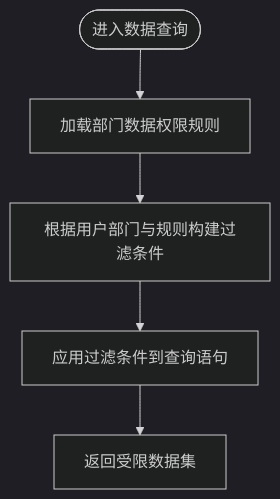
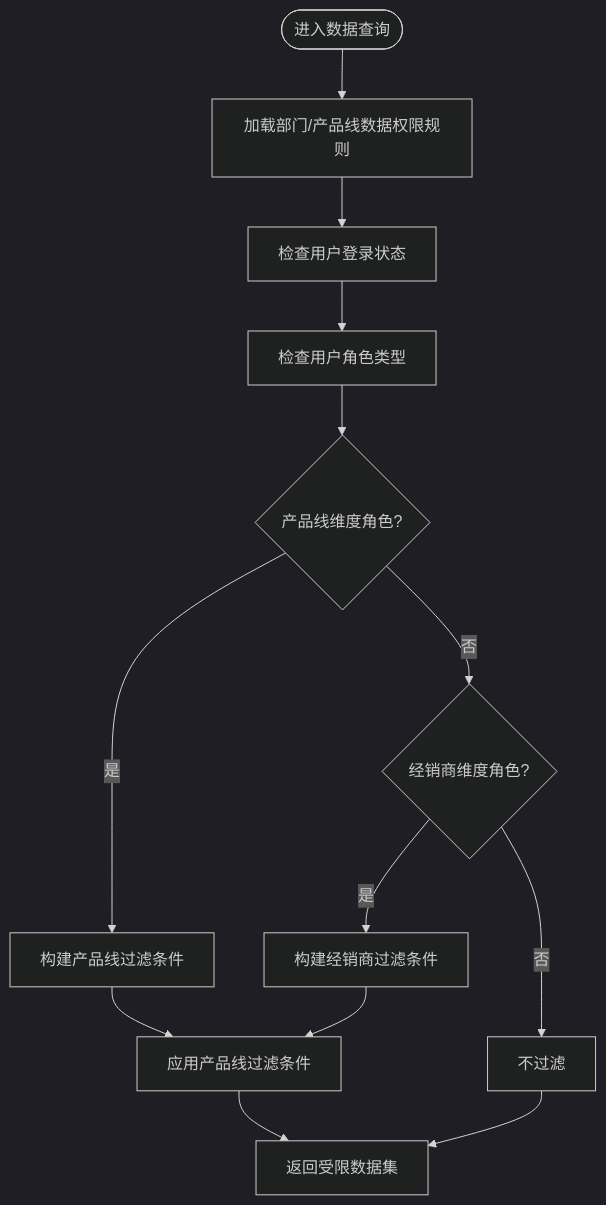
The fourth of 6 diagrams in .qoder/repowiki/zh/content/核心模块/系统管理模块/角色权限.md (xiaoche80s-tech/rouyi-vue-pro), drawn with Mermaid (dark theme) before and after one commit. The commit also changed other lines of this file and 534 other files, not shown here.

````diff
--- a/.qoder/repowiki/zh/content/核心模块/系统管理模块/角色权限.md
+++ b/.qoder/repowiki/zh/content/核心模块/系统管理模块/角色权限.md
@@ -228,7 +276,15 @@
 ```mermaid
 flowchart TD
-Start(["进入数据查询"]) --> LoadRule["加载部门数据权限规则"]
-LoadRule --> BuildFilter["根据用户部门与规则构建过滤条件"]
-BuildFilter --> ApplyFilter["应用过滤条件到查询语句"]
+Start(["进入数据查询"]) --> LoadRule["加载部门/产品线数据权限规则"]
+LoadRule --> CheckLogin["检查用户登录状态"]
+CheckLogin --> CheckRole["检查用户角色类型"]
+CheckRole --> ProductLineScope{"产品线维度角色?"}
+ProductLineScope --> |是| BuildPLFilter["构建产品线过滤条件"]
+ProductLineScope --> |否| DealerScope{"经销商维度角色?"}
+DealerScope --> |是| BuildDFilter["构建经销商过滤条件"]
+DealerScope --> |否| NoFilter["不过滤"]
+BuildPLFilter --> ApplyFilter["应用产品线过滤条件"]
+BuildDFilter --> ApplyFilter
 ApplyFilter --> ReturnResult["返回受限数据集"]
+NoFilter --> ReturnResult
 ```
````
